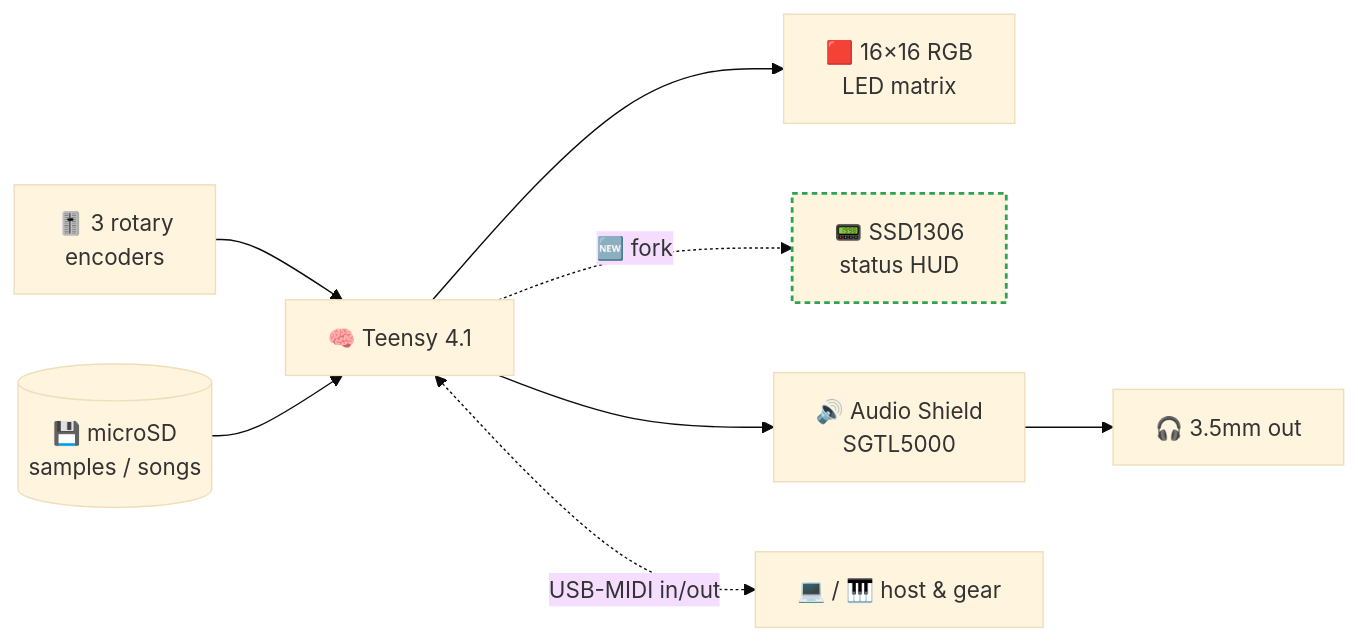
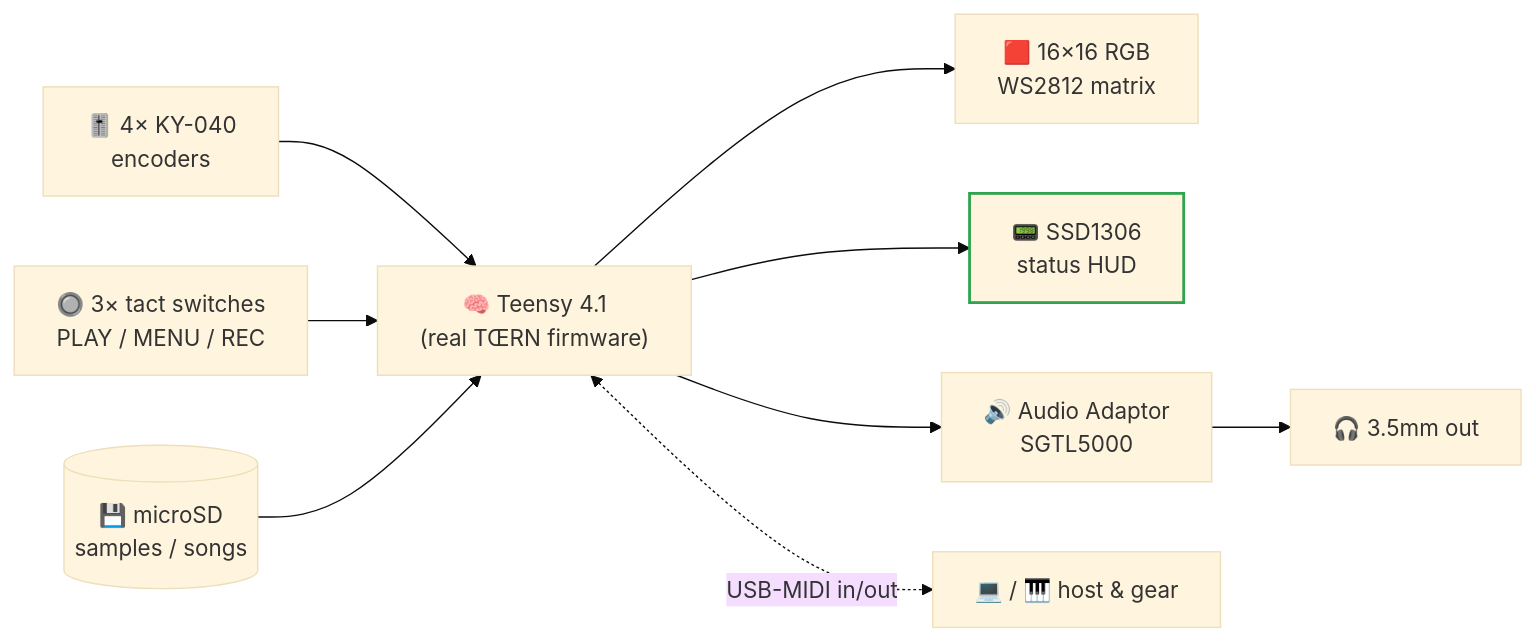
One commit to luigismith/ichosynth changed the first of 2 diagrams in README.md. Above: the diagram before and after it, drawn with Mermaid (base theme). The commit also changed other lines of this file and 17 other files, not shown here.

````diff
--- a/README.md
+++ b/README.md
@@ -120,12 +137,13 @@
 ```mermaid
 flowchart LR
-    ENC["🎚️ 3 rotary<br/>encoders"] --> T["🧠 Teensy 4.1"]
+    ENC["🎚️ 4× KY-040<br/>encoders"] --> T["🧠 Teensy 4.1<br/>(real TŒRN firmware)"]
+    BTN["🔘 3× tact switches<br/>PLAY / MENU / REC"] --> T
     SD[("💾 microSD<br/>samples / songs")] --> T
-    T --> LED["🟥 16×16 RGB<br/>LED matrix"]
-    T -. "🆕 fork" .-> OLED["📟 SSD1306<br/>status HUD"]
-    T --> AUDIO["🔊 Audio Shield<br/>SGTL5000"]
+    T --> LED["🟥 16×16 RGB<br/>WS2812 matrix"]
+    T --> OLED["📟 SSD1306<br/>status HUD"]
+    T --> AUDIO["🔊 Audio Adaptor<br/>SGTL5000"]
     AUDIO --> JACK["🎧 3.5mm out"]
     T <-. "USB-MIDI in/out" .-> HOST["💻 / 🎹 host & gear"]
 
-    style OLED stroke:#2ea44f,stroke-width:2px,stroke-dasharray:4 3
+    style OLED stroke:#2ea44f,stroke-width:2px
 ```
````
